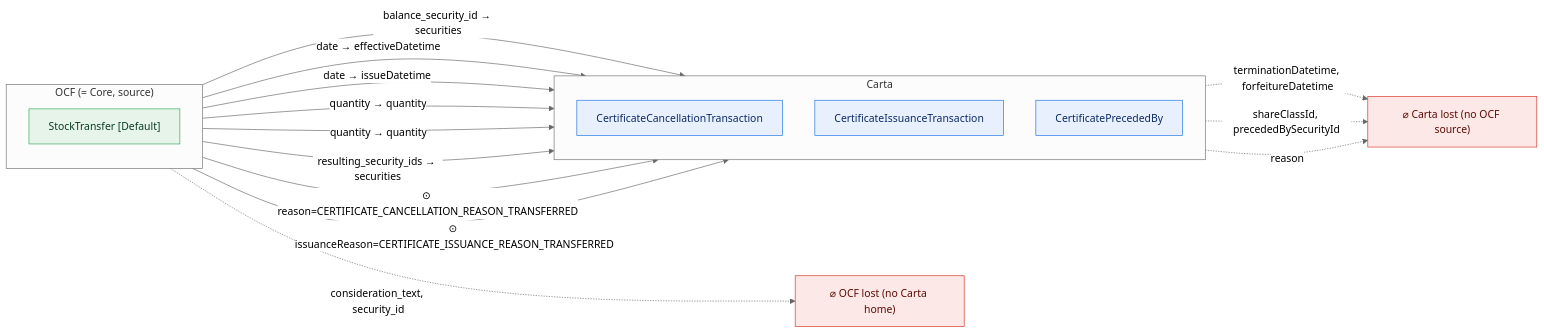
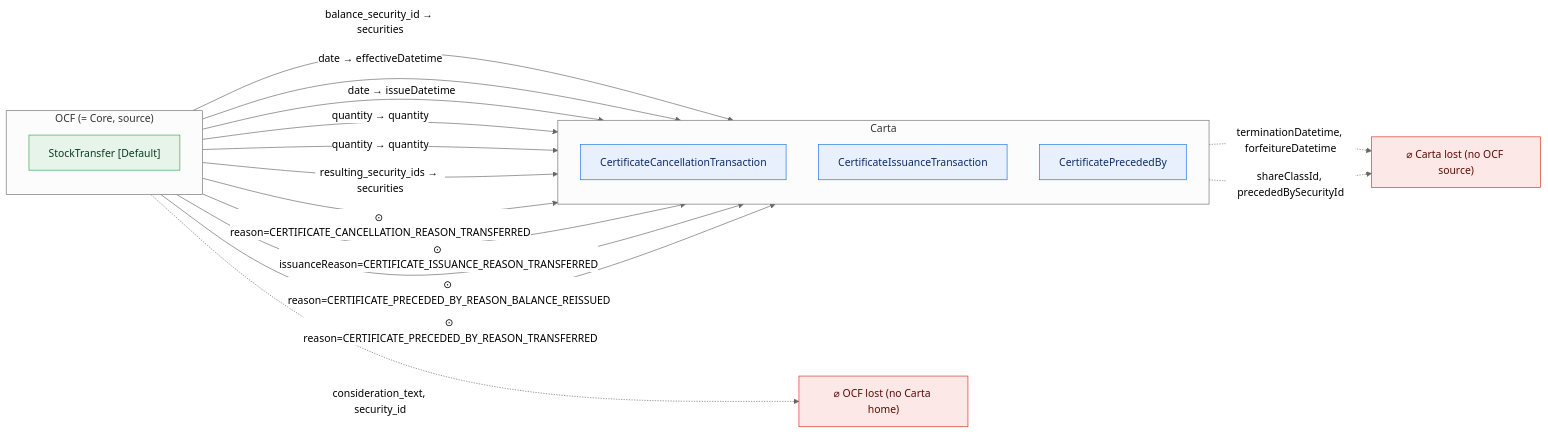
One commit to Open-Cap-Table-Coalition/OCF-Composed-Schemas changed diagram 11 of 47 in docs/core-bidirectional-flow.md. Above: the diagram before and after it, drawn with Mermaid (neutral theme). The commit also changed other lines of this file and 5 other files, not shown here.

First line of the commit message:
Composite const: flow the fixed reasons into the final lineage objects too

````diff
--- a/docs/core-bidirectional-flow.md
+++ b/docs/core-bidirectional-flow.md
@@ -349,31 +349,32 @@
 ```mermaid
 flowchart LR
   classDef adm fill:#e6f4ea,stroke:#34a853,color:#0b3d20;
   classDef notadm fill:#f1f3f4,stroke:#9aa0a6,color:#5f6368,stroke-dasharray:4 3;
   classDef carta fill:#e8f0fe,stroke:#1a73e8,color:#0d2b66;
   classDef lost fill:#fce8e6,stroke:#d93025,color:#5c0d06;
   subgraph SRC["OCF (= Core, source)"]
     direction TB
     o0["StockTransfer [Default]"]:::adm
   end
   subgraph TGT["Carta"]
     direction TB
     t0["CertificateCancellationTransaction"]:::carta
     t1["CertificateIssuanceTransaction"]:::carta
     t2["CertificatePrecededBy"]:::carta
   end
   ocflost["⌀ OCF lost (no Carta home)"]:::lost
   cartalost["⌀ Carta lost (no OCF source)"]:::lost
   o0 -->|"balance_security_id → securities"| t2
   o0 -->|"date → effectiveDatetime"| t0
   o0 -->|"date → issueDatetime"| t1
   o0 -->|"quantity → quantity"| t0
   o0 -->|"quantity → quantity"| t1
   o0 -->|"resulting_security_ids → securities"| t2
   o0 -->|"⊙ reason=CERTIFICATE_CANCELLATION_REASON_TRANSFERRED"| t0
   o0 -->|"⊙ issuanceReason=CERTIFICATE_ISSUANCE_REASON_TRANSFERRED"| t1
+  o0 -->|"⊙ reason=CERTIFICATE_PRECEDED_BY_REASON_BALANCE_REISSUED"| t2
+  o0 -->|"⊙ reason=CERTIFICATE_PRECEDED_BY_REASON_TRANSFERRED"| t2
   o0 -.->|"consideration_text, security_id"| ocflost
   t0 -.->|"terminationDatetime, forfeitureDatetime"| cartalost
   t1 -.->|"shareClassId, precededBySecurityId"| cartalost
-  t2 -.->|"reason"| cartalost
 ```
````
